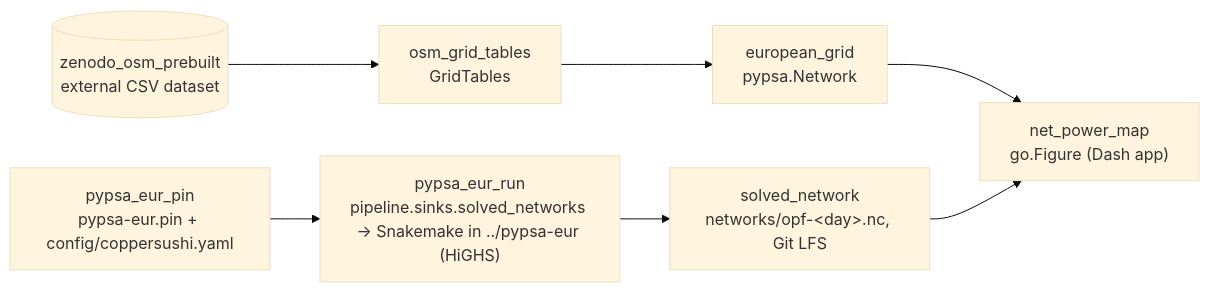
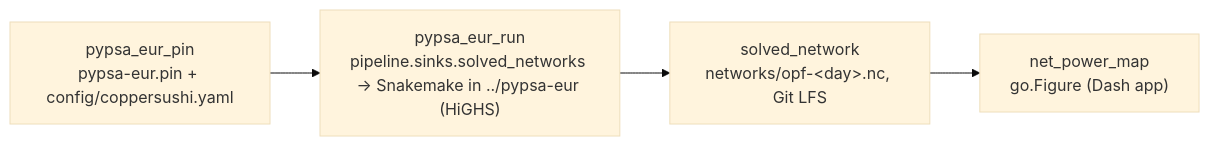
Before and after one commit to zoltanmaric/coppersushi: the diagram in wiki/sushi-2.md, drawn with Mermaid (base theme). The commit also changed other lines of this file and 15 other files, not shown here.

First line of the commit message:
Delete the OSM grid assembly; PyPSA-Eur builds that grid now

````diff
--- a/wiki/sushi-2.md
+++ b/wiki/sushi-2.md
@@ -16,21 +16,14 @@
 ```mermaid
 flowchart LR
     classDef planned stroke-dasharray: 5 5,stroke:#888,color:#888,fill:none
 
-    zenodo_osm_prebuilt[("zenodo_osm_prebuilt<br/>external CSV dataset")]
-    osm_grid_tables["osm_grid_tables<br/>GridTables"]
-    european_grid["european_grid<br/>pypsa.Network"]
     net_power_map["net_power_map<br/>go.Figure (Dash app)"]
 
     pypsa_eur_pin["pypsa_eur_pin<br/>pypsa-eur.pin + config/coppersushi.yaml"]
     pypsa_eur_run["pypsa_eur_run<br/>pipeline.sinks.solved_networks → Snakemake in ../pypsa-eur (HiGHS)"]
     solved_network["solved_network<br/>networks/opf-&lt;day&gt;.nc, Git LFS"]
 
-    zenodo_osm_prebuilt --> osm_grid_tables
-    osm_grid_tables --> european_grid
-    european_grid --> net_power_map
-
     pypsa_eur_pin --> pypsa_eur_run
     pypsa_eur_run --> solved_network
     solved_network --> net_power_map
 ```
````
